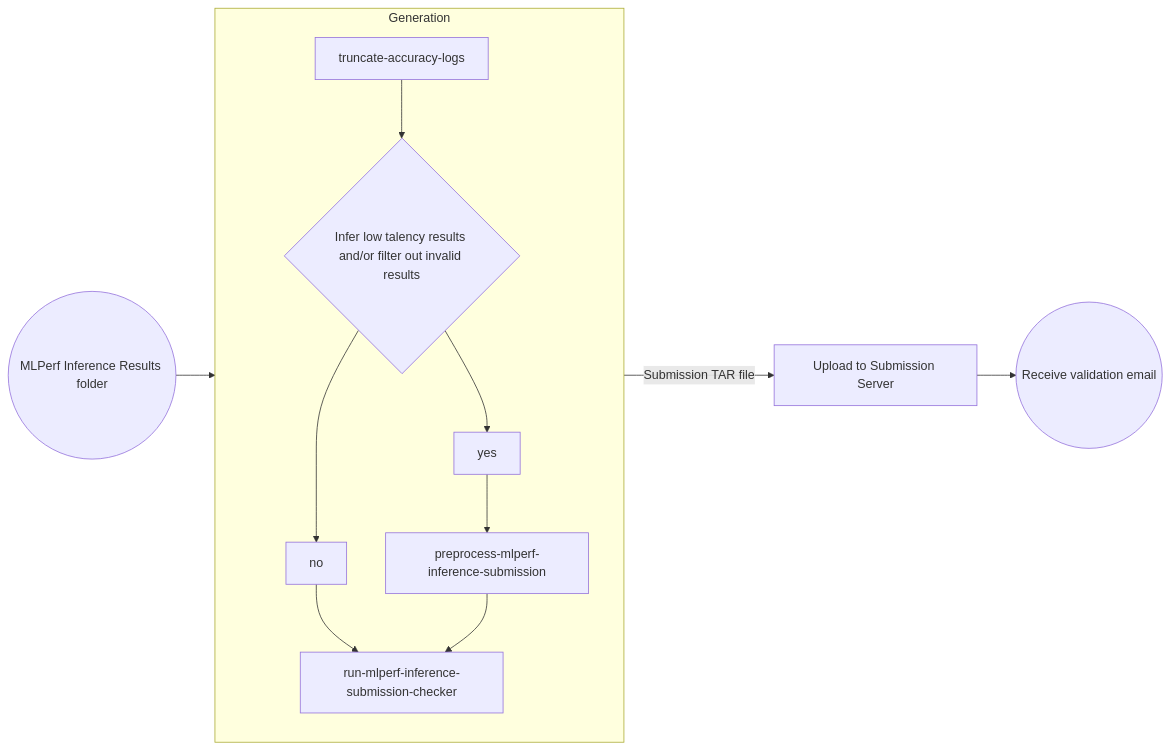
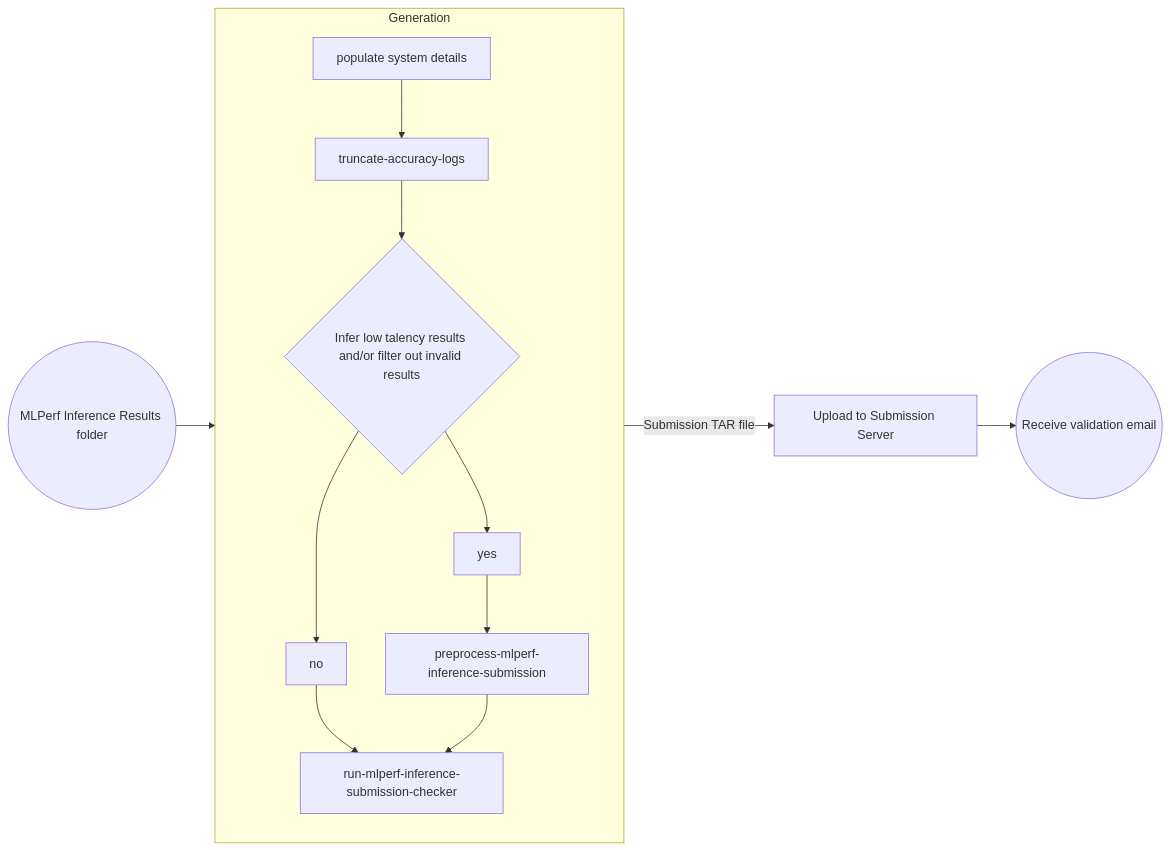
One commit to GATEOverflow/inference changed the diagram in docs/submission/index.md. Above: the diagram before and after it, drawn with Mermaid.

````diff
--- a/docs/submission/index.md
+++ b/docs/submission/index.md
@@ -13,14 +13,15 @@
 ```mermaid
 flowchart LR
     classDef hidden fill:none,stroke:none;
     subgraph Generation
       direction TB
-      C[truncate-accuracy-logs] --> D{Infer low talency results and/or filter out invalid results}
+      B[populate system details] --> C[truncate-accuracy-logs]
+      C --> D{Infer low talency results and/or filter out invalid results}
       D --> yes --> E[preprocess-mlperf-inference-submission]
       D --> no --> F[run-mlperf-inference-submission-checker]
       E --> F
     end
     Input((MLPerf Inference Results folder)) --> Generation
     Generation --  Submission TAR file --> H[Upload to Submission Server]
     H --> Output((Receive validation email))
 ```
````
